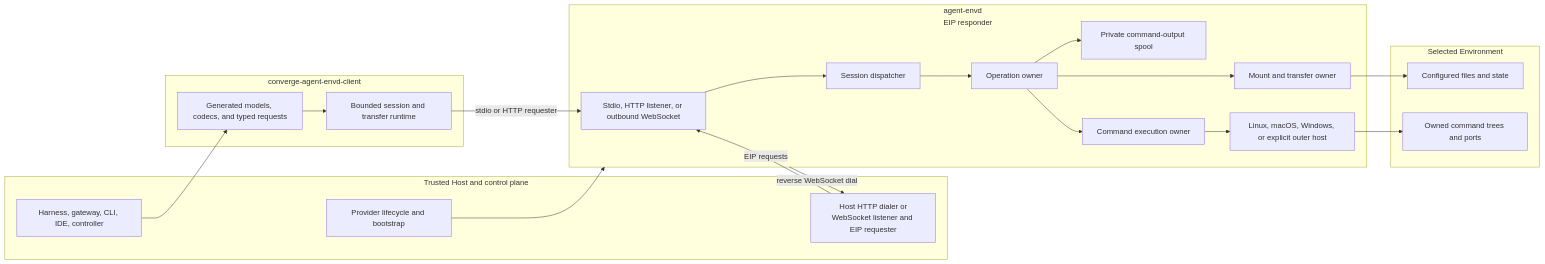
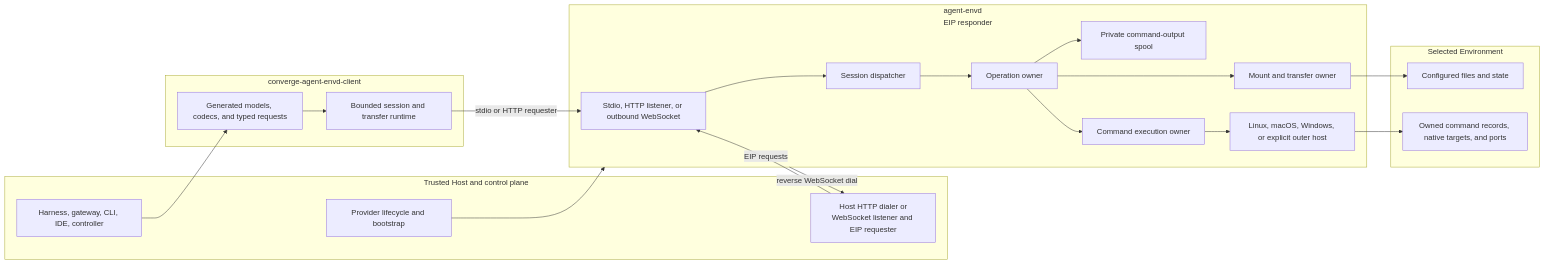
One commit to LTThreeComma/agent-foundation changed the first of 2 diagrams in spec/agent-envd/00-overview.md. Above: the diagram before and after it, drawn with Mermaid. The commit also changed other lines of this file and 21 other files, not shown here.

````diff
--- a/spec/agent-envd/00-overview.md
+++ b/spec/agent-envd/00-overview.md
@@ -15,38 +15,38 @@
 ```mermaid
 flowchart LR
     subgraph Host[Trusted Host and control plane]
         Provider[Provider lifecycle and bootstrap]
         Consumers[Harness, gateway, CLI, IDE, controller]
         Control[Host HTTP dialer or<br/>WebSocket listener and EIP requester]
     end
 
     subgraph Client[converge-agent-envd-client]
         Generated[Generated models, codecs, and typed requests]
         Runtime[Bounded session and transfer runtime]
     end
 
     subgraph Envd[agent-envd<br/>EIP responder]
         Connector[Stdio, HTTP listener, or outbound WebSocket]
         Session[Session dispatcher]
         Operations[Operation owner]
         Resources[Mount and transfer owner]
         Output[Private command-output spool]
         Execution[Command execution owner]
         Isolation[Linux, macOS, Windows, or explicit outer host]
     end
 
     subgraph Native[Selected Environment]
         Files[Configured files and state]
-        Processes[Owned command trees and ports]
+        Processes[Owned command records, native targets, and ports]
     end
 
     Provider --> Envd
     Consumers --> Generated --> Runtime
     Runtime -->|stdio or HTTP requester| Connector
     Envd -->|reverse WebSocket dial| Control
     Control -->|EIP requests| Connector
     Connector --> Session --> Operations
     Operations --> Resources & Output & Execution
     Resources --> Files
     Execution --> Isolation --> Processes
 ```
````
